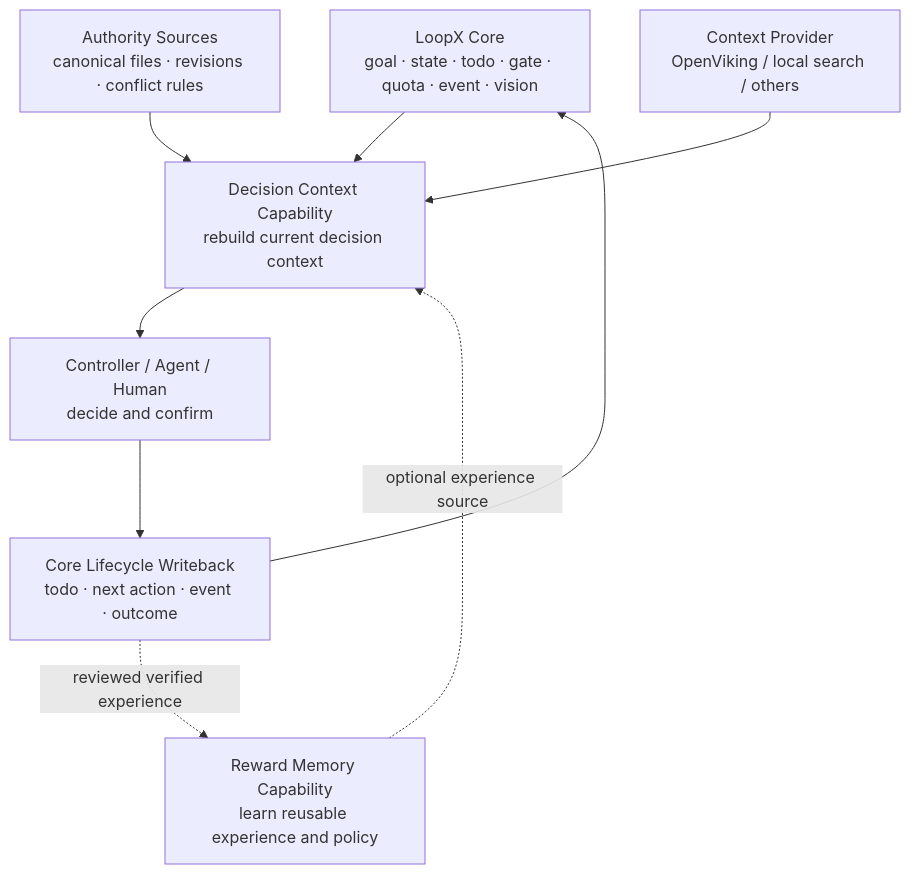
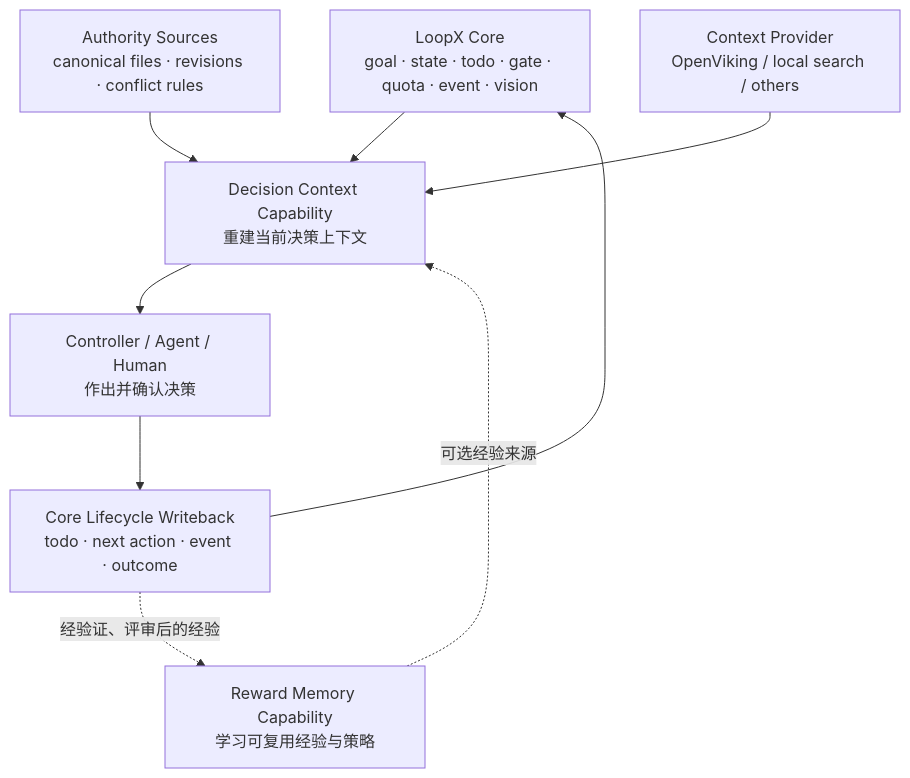
Before and after one commit to yanfeng98/nano-loopx: the first of 2 diagrams in docs/reference/protocols/decision-context-architecture-v0.md, drawn with Mermaid. The commit also changed other lines of this file and 786 other files, not shown here.

````diff
--- a/docs/reference/protocols/decision-context-architecture-v0.md
+++ b/docs/reference/protocols/decision-context-architecture-v0.md
@@ -11,19 +11,19 @@
 ```mermaid
 flowchart TD
     CORE["LoopX Core<br/>goal · state · todo · gate · quota · event · vision"]
     AUTH["Authority Sources<br/>canonical files · revisions · conflict rules"]
     PROVIDER["Context Provider<br/>OpenViking / local search / others"]
-    RM["Reward Memory Capability<br/>learn reusable experience and policy"]
-    DC["Decision Context Capability<br/>rebuild current decision context"]
-    AGENT["Controller / Agent / Human<br/>decide and confirm"]
+    RM["Reward Memory Capability<br/>学习可复用经验与策略"]
+    DC["Decision Context Capability<br/>重建当前决策上下文"]
+    AGENT["Controller / Agent / Human<br/>作出并确认决策"]
     WRITEBACK["Core Lifecycle Writeback<br/>todo · next action · event · outcome"]
 
     CORE --> DC
     AUTH --> DC
     PROVIDER --> DC
-    RM -. "optional experience source" .-> DC
+    RM -. "可选经验来源" .-> DC
     DC --> AGENT
     AGENT --> WRITEBACK
     WRITEBACK --> CORE
-    WRITEBACK -. "reviewed verified experience" .-> RM
+    WRITEBACK -. "经验证、评审后的经验" .-> RM
 ```
````
